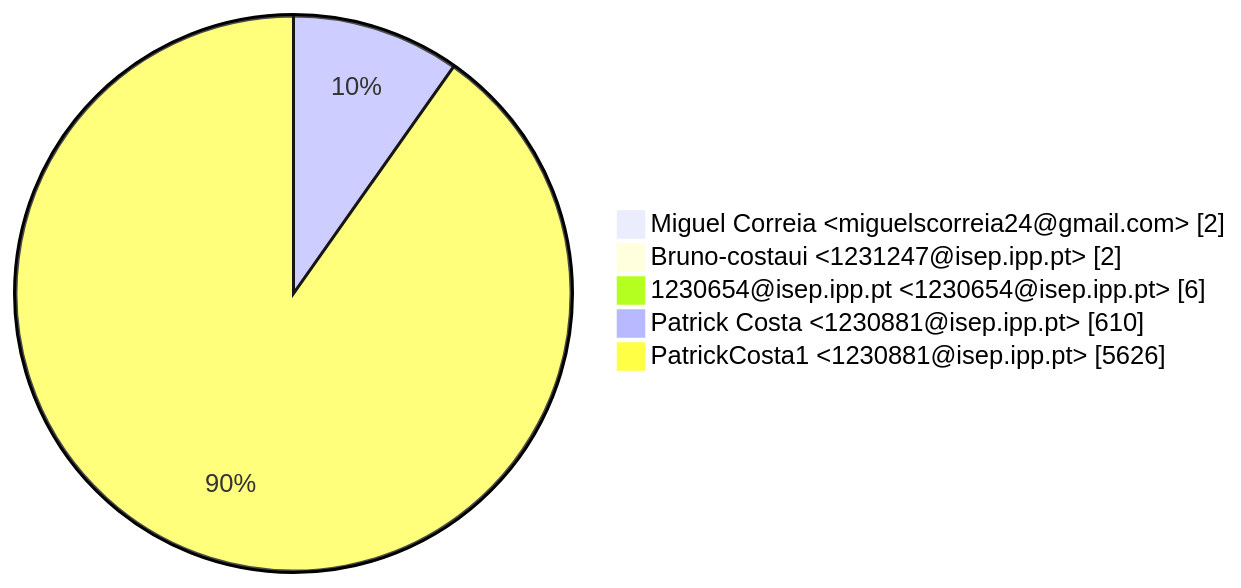
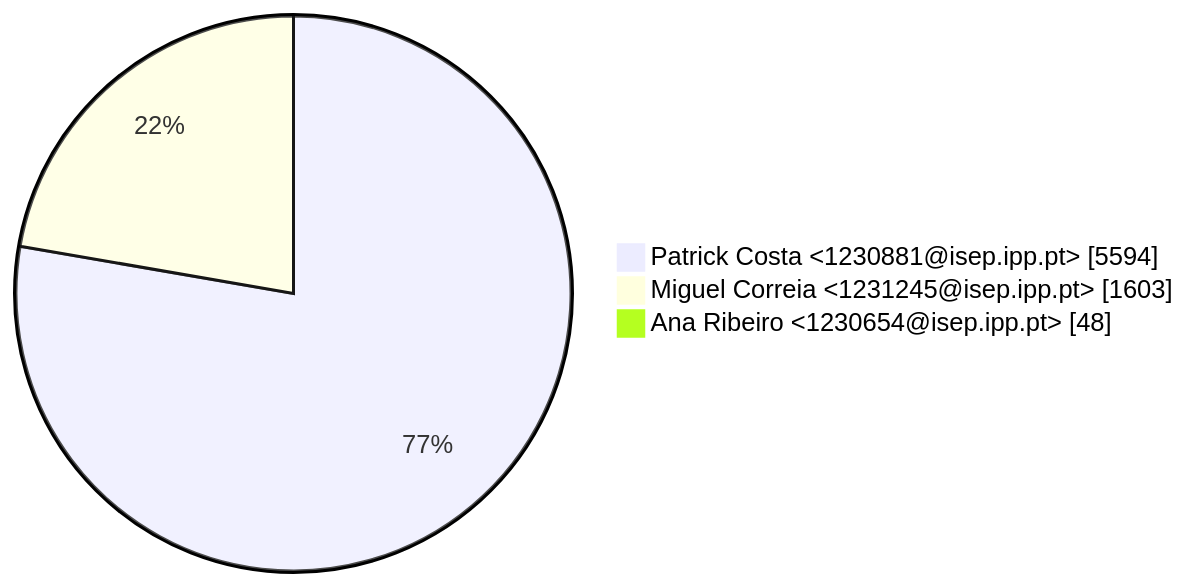
One commit to PatrickCosta1/LSIS1_Grupo_7_GitHub changed the second of 3 diagrams in GitAnalysis/Sprint_1/Contributions.md. Above: the diagram before and after it, drawn with Mermaid. The commit also changed other lines of this file and 1 other file, not shown here.

````diff
--- a/GitAnalysis/Sprint_1/Contributions.md
+++ b/GitAnalysis/Sprint_1/Contributions.md
@@ -21,8 +17,6 @@
 ```mermaid
 pie showData
-    " Miguel Correia <miguelscorreia24@gmail.com>" : 2
-    " Bruno-costaui <1231247@isep.ipp.pt>" : 2
-    " 1230654@isep.ipp.pt <1230654@isep.ipp.pt>" : 6
-    " Patrick Costa <1230881@isep.ipp.pt>" : 610
-    " PatrickCosta1 <1230881@isep.ipp.pt>" : 5626
+    " Patrick Costa <1230881@isep.ipp.pt>" : 5594
+    " Miguel Correia <1231245@isep.ipp.pt>" : 1603
+    " Ana Ribeiro <1230654@isep.ipp.pt>" : 48
 ```
````
